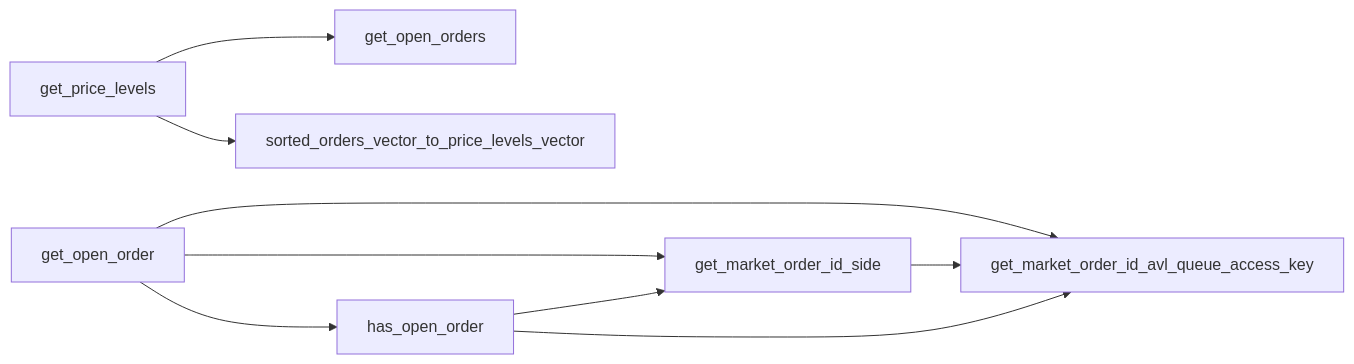
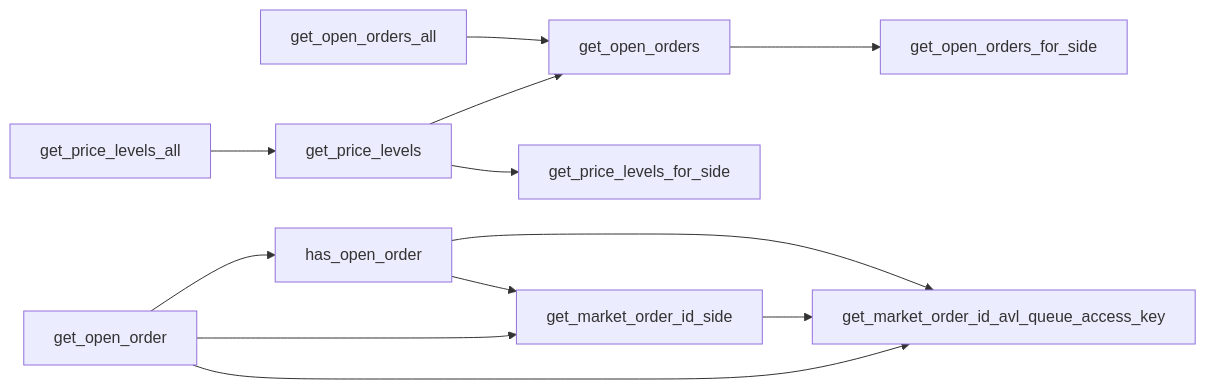
One commit to econia-labs/econia changed the fifth of 9 diagrams in src/move/econia/doc/market.md. Above: the diagram before and after it, drawn with Mermaid. The commit also changed other lines of this file and 6 other files, not shown here.

Commit message:
Refactor view functions for orders/price levels

````diff
--- a/src/move/econia/doc/market.md
+++ b/src/move/econia/doc/market.md
@@ -339,15 +341,18 @@
 ```mermaid
 
 flowchart LR
 
 get_price_levels --> get_open_orders
-get_price_levels --> sorted_orders_vector_to_price_levels_vector
+get_price_levels --> get_price_levels_for_side
+get_price_levels_all --> get_price_levels
 get_open_order --> has_open_order
 get_open_order --> get_market_order_id_side
 get_open_order --> get_market_order_id_avl_queue_access_key
 get_market_order_id_side -->
 get_market_order_id_avl_queue_access_key
 has_open_order --> get_market_order_id_side
 has_open_order --> get_market_order_id_avl_queue_access_key
+get_open_orders --> get_open_orders_for_side
+get_open_orders_all --> get_open_orders
 
 ```
````
